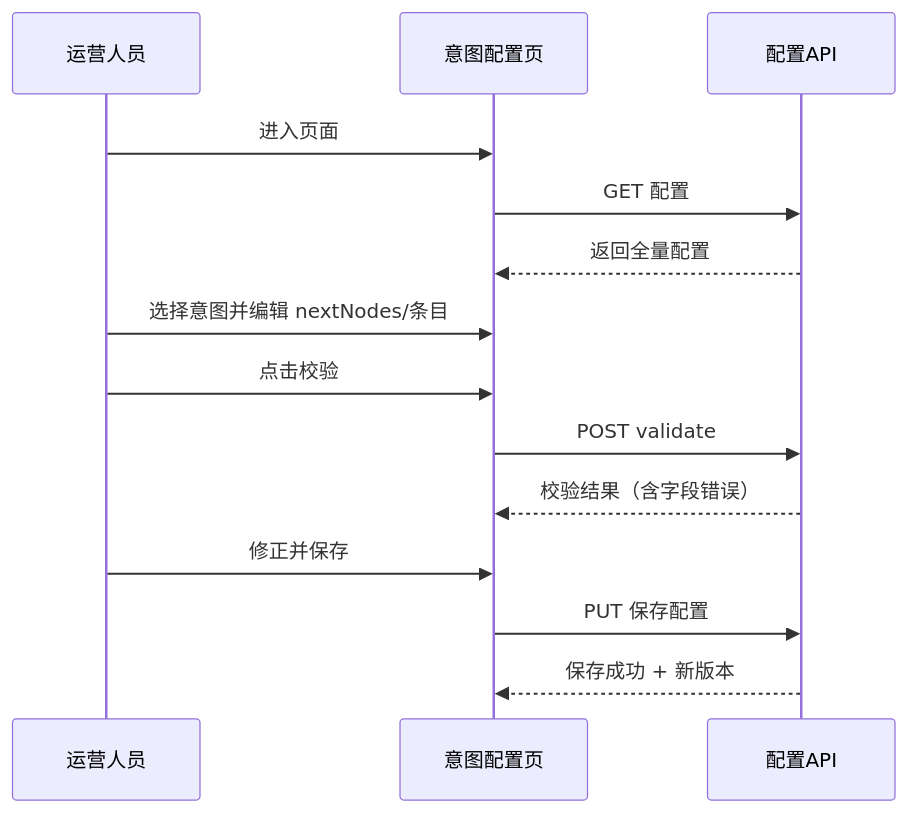
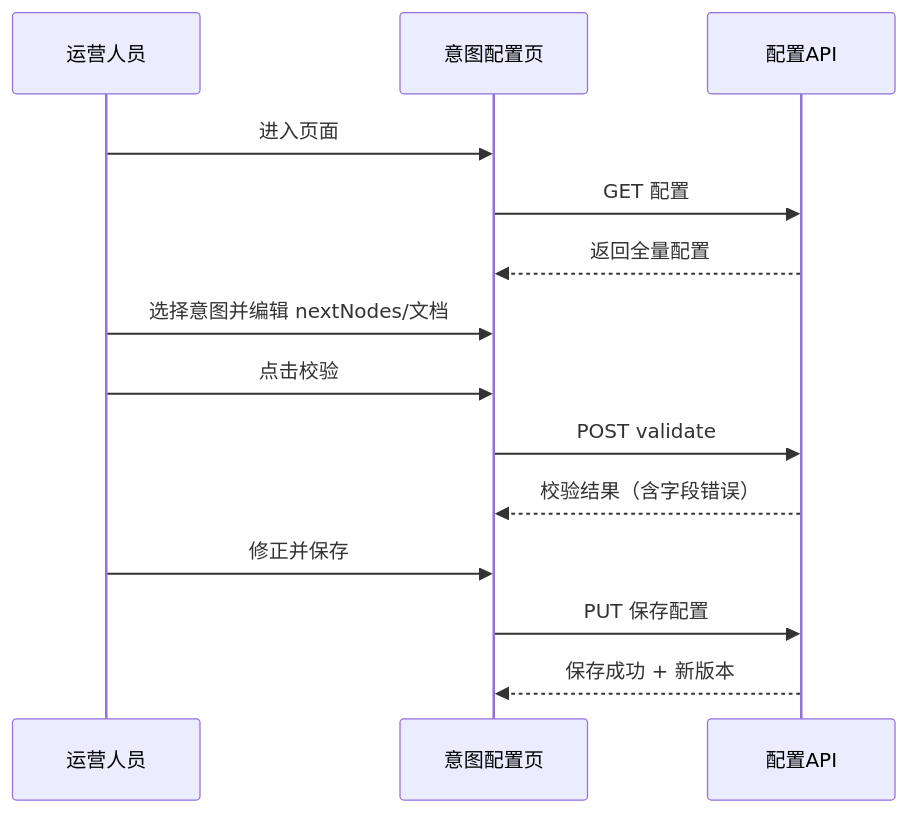
The diagram in docs/design/spec-intent-config-page.md (Syes-K/7ai-club), drawn with Mermaid before and after one commit. The commit also changed other lines of this file and 25 other files, not shown here.

````diff
--- a/docs/design/spec-intent-config-page.md
+++ b/docs/design/spec-intent-config-page.md
@@ -36,17 +36,17 @@
 ```mermaid
 sequenceDiagram
     participant U as 运营人员
     participant P as 意图配置页
     participant API as 配置API
 
     U->>P: 进入页面
     P->>API: GET 配置
     API-->>P: 返回全量配置
-    U->>P: 选择意图并编辑 nextNodes/条目
+    U->>P: 选择意图并编辑 nextNodes/文档
     U->>P: 点击校验
     P->>API: POST validate
     API-->>P: 校验结果（含字段错误）
     U->>P: 修正并保存
     P->>API: PUT 保存配置
     API-->>P: 保存成功 + 新版本
 ```
````
